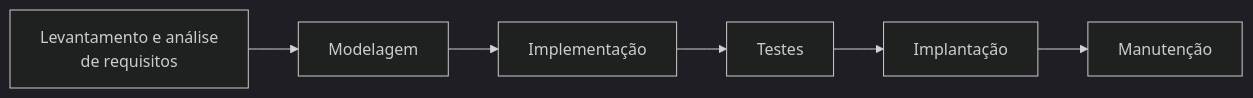
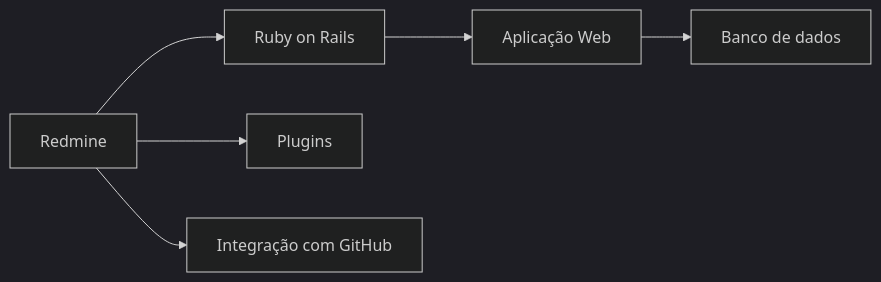
Before and after one commit to limainfo/guia-design-sistema-ti: diagram 17 of 20 in mba-gestao-qualidade-software/case-principais-ferramentas-ciclo-desenvolvimento-software/Capítulo 03 — Ferramentas CASE para Gerenciamento de Projetos.md, drawn with Mermaid (dark theme). The commit also changed other lines of this file, not shown here.

````diff
--- a/mba-gestao-qualidade-software/case-principais-ferramentas-ciclo-desenvolvimento-software/Capítulo 03 — Ferramentas CASE para Gerenciamento de Projetos.md
+++ b/mba-gestao-qualidade-software/case-principais-ferramentas-ciclo-desenvolvimento-software/Capítulo 03 — Ferramentas CASE para Gerenciamento de Projetos.md
@@ -33,11 +446,8 @@
 ```mermaid
 flowchart LR
-    A["Levantamento e análise<br/>de requisitos"]
-    B["Modelagem"]
-    C["Implementação"]
-    D["Testes"]
-    E["Implantação"]
-    F["Manutenção"]
-
-    A --> B --> C --> D --> E --> F
+    A[Redmine] --> B[Ruby on Rails]
+    B --> C[Aplicação Web]
+    C --> D[Banco de dados]
+    A --> E[Plugins]
+    A --> F[Integração com GitHub]
 ```
````
